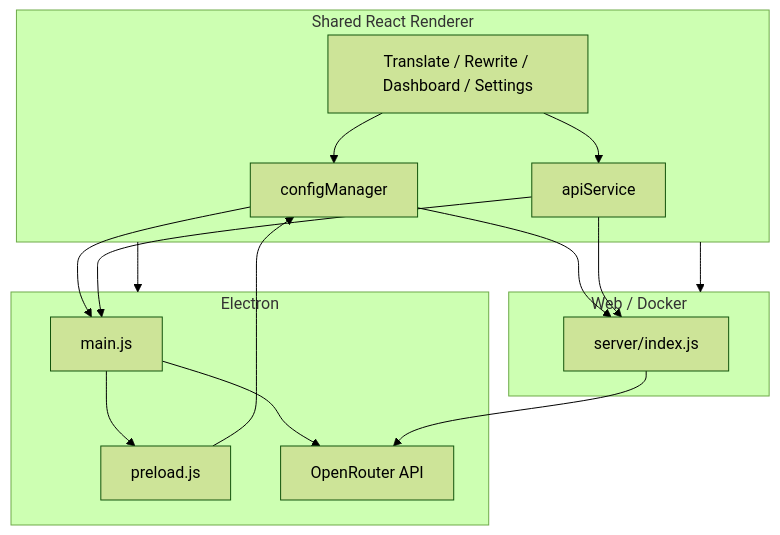
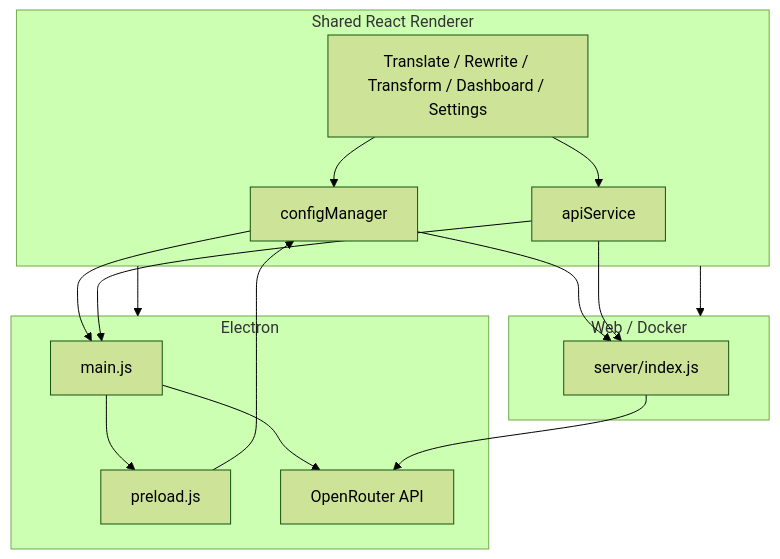
The diagram in dev/SYSTEM-OVERVIEW.md (wsj-br/transrewrt), drawn with Mermaid (forest theme) before and after one commit. The commit also changed other lines of this file and 38 other files, not shown here.

````diff
--- a/dev/SYSTEM-OVERVIEW.md
+++ b/dev/SYSTEM-OVERVIEW.md
@@ -33,30 +33,30 @@
 ```mermaid
 flowchart TB
   subgraph renderer [Shared React Renderer]
-    UI[Translate / Rewrite / Dashboard / Settings]
+    UI[Translate / Rewrite / Transform / Dashboard / Settings]
     ConfigMgr[configManager]
     ApiSvc[apiService]
     UI --> ConfigMgr
     UI --> ApiSvc
   end
 
   subgraph electron [Electron]
     Main[main.js]
     Preload[preload.js]
     Main --> Preload
     Preload --> ConfigMgr
     ConfigMgr --> Main
     ApiSvc --> Main
     Main --> OpenRouter[OpenRouter API]
   end
 
   subgraph web [Web / Docker]
     Server[server/index.js]
     ConfigMgr --> Server
     ApiSvc --> Server
     Server --> OpenRouter
   end
 
   renderer --> electron
   renderer --> web
 ```
````
